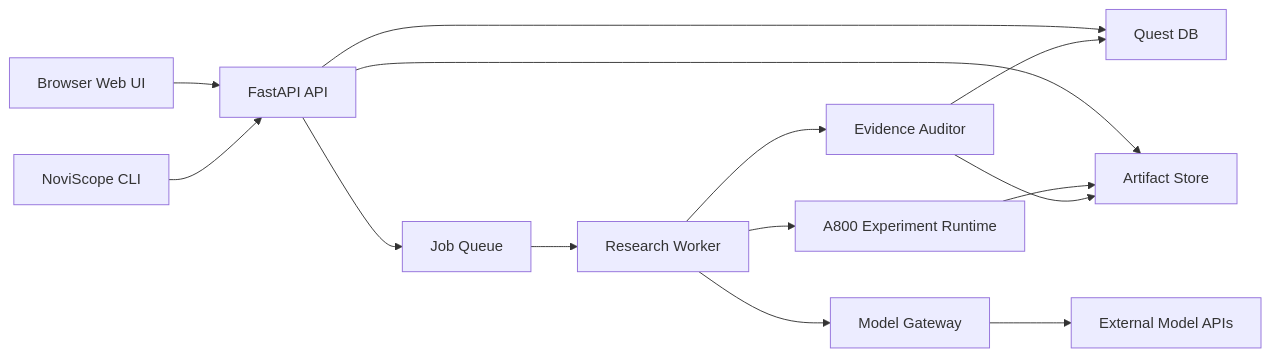
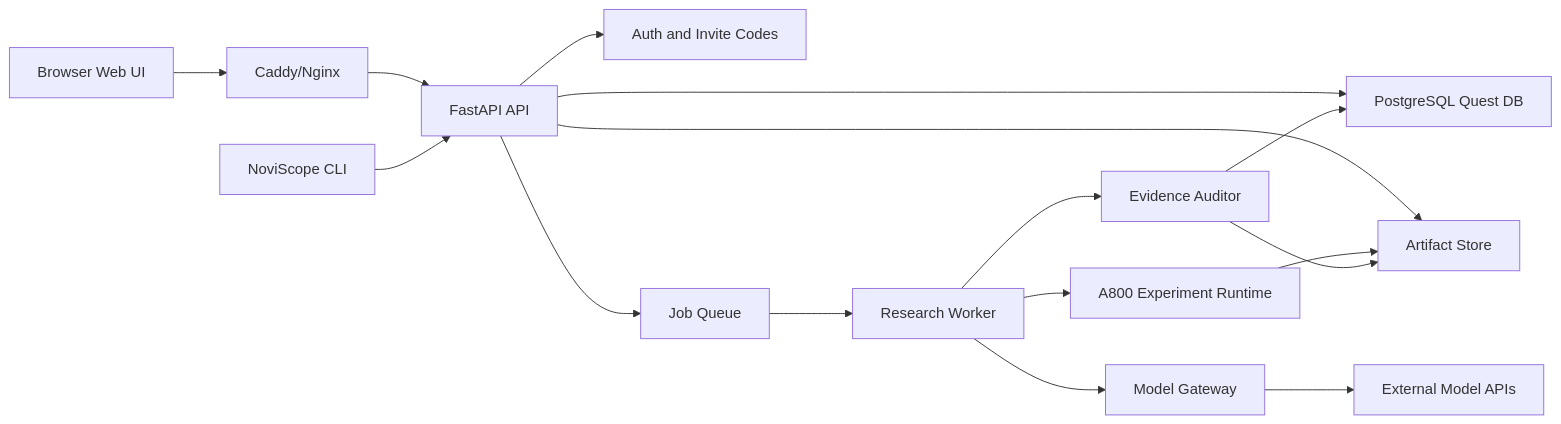
One commit to kopang0730/NoviScope changed the diagram in docs/superpowers/specs/2026-06-30-user-entry-and-deployment-design.md. Above: the diagram before and after it, drawn with Mermaid. The commit also changed other lines of this file and 1 other file, not shown here.

````diff
--- a/docs/superpowers/specs/2026-06-30-user-entry-and-deployment-design.md
+++ b/docs/superpowers/specs/2026-06-30-user-entry-and-deployment-design.md
@@ -174,16 +183,18 @@
 ```mermaid
 flowchart LR
-    B["Browser Web UI"] --> API["FastAPI API"]
+    B["Browser Web UI"] --> PROXY["Caddy/Nginx"]
+    PROXY --> API["FastAPI API"]
     CLI["NoviScope CLI"] --> API
-    API --> DB["Quest DB"]
+    API --> AUTH["Auth and Invite Codes"]
+    API --> DB["PostgreSQL Quest DB"]
     API --> ART["Artifact Store"]
     API --> Q["Job Queue"]
     Q --> W["Research Worker"]
     W --> MG["Model Gateway"]
     MG --> LLM["External Model APIs"]
     W --> GPU["A800 Experiment Runtime"]
     GPU --> ART
     W --> AUD["Evidence Auditor"]
     AUD --> DB
     AUD --> ART
 ```
````
